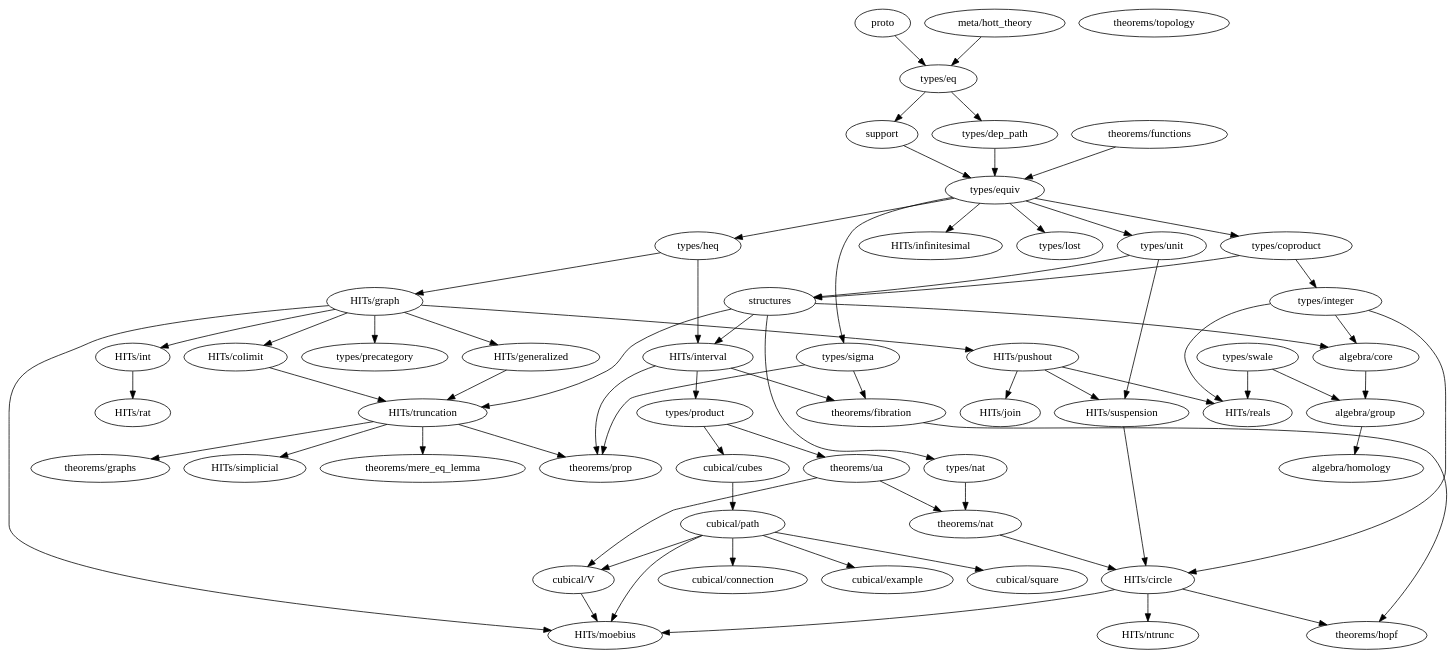
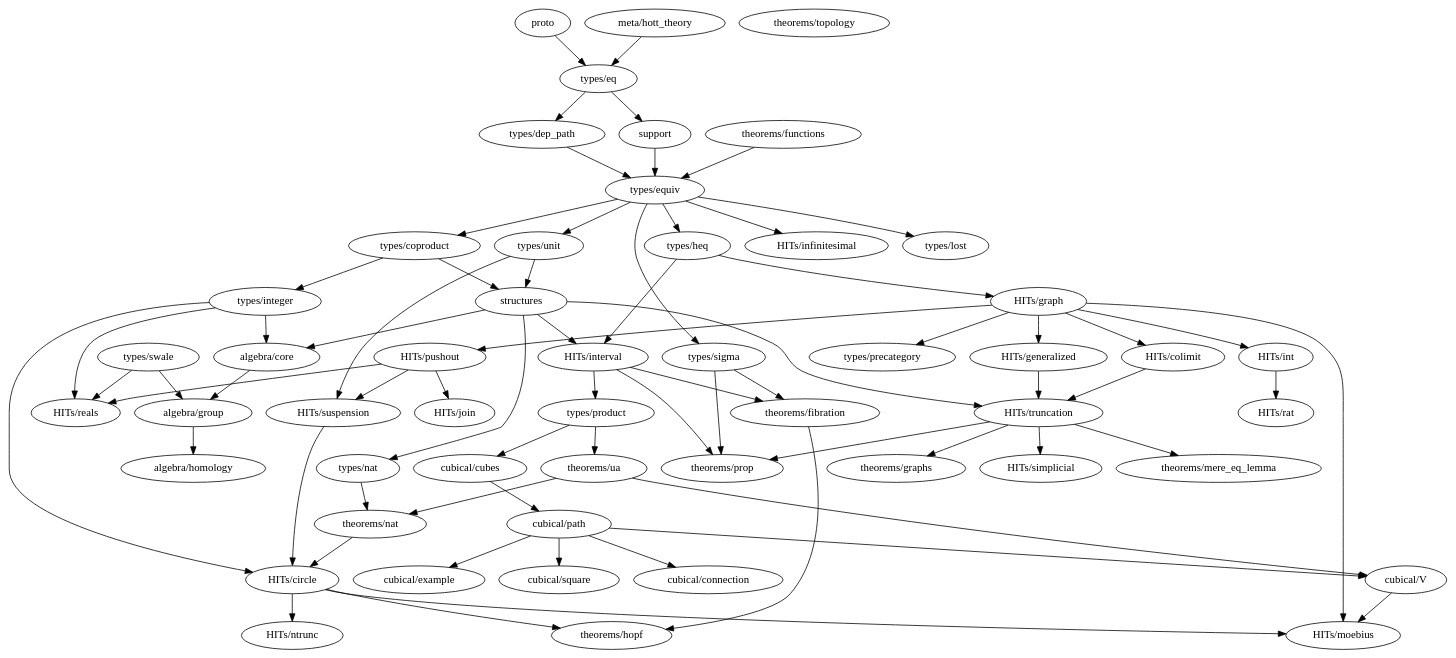
The diagram in dependency_map.gv (forked-from-1kasper/ground_zero), drawn with Graphviz before and after one commit. The commit also changed 2 other files, not shown here.

```diff
--- a/dependency_map.gv
+++ b/dependency_map.gv
@@ -1,108 +1,107 @@
 digraph dependency_map {
   proto -> "types/eq"
   "meta/hott_theory" -> "types/eq"
   support -> "types/equiv"
   structures -> {
     "HITs/interval",
     "HITs/truncation",
     "algebra/core",
     "types/nat"
   }
 
   subgraph algebra {
     "algebra/core" -> "algebra/group"
     "algebra/group" -> "algebra/homology"
     "algebra/homology"
   }
 
   subgraph types {
     "types/coproduct" -> { "types/integer", structures }
     "types/dep_path" -> "types/equiv"
     "types/eq" -> { "types/dep_path", support }
     "types/equiv" -> {
       "types/heq",
       "HITs/infinitesimal",
       "types/coproduct",
       "types/lost",
       "types/unit",
       "types/sigma"
     }
     "types/heq" -> {
       "HITs/interval",
       "HITs/graph"
     }
     "types/integer" -> { "HITs/circle", "HITs/reals", "algebra/core" }
     "types/lost"
     "types/nat" -> { "theorems/nat" }
     "types/product" -> { "cubical/cubes", "theorems/ua" }
     "types/sigma" -> { "theorems/fibration", "theorems/prop" }
     "types/swale" -> { "HITs/reals", "algebra/group" }
     "types/unit" -> { structures, "HITs/suspension" }
   }
 
   subgraph HITs {
     "HITs/circle" -> { "HITs/ntrunc", "theorems/hopf", "HITs/moebius" }
     "HITs/colimit" -> "HITs/truncation"
     "HITs/generalized" -> "HITs/truncation"
     "HITs/graph" -> {
       "HITs/colimit",
       "HITs/generalized",
       "HITs/int",
       "HITs/pushout",
       "HITs/moebius",
       "types/precategory"
     }
     "HITs/infinitesimal"
     "HITs/int" -> "HITs/rat"
     "HITs/interval" -> {
       "types/product",
       "theorems/prop",
       "theorems/fibration"
     }
     "HITs/join"
     "HITs/moebius"
     "HITs/ntrunc"
     "HITs/pushout" -> {
       "HITs/join",
       "HITs/reals",
       "HITs/suspension"
     }
     "HITs/rat"
     "HITs/reals"
     "HITs/simplicial"
     "HITs/suspension" -> "HITs/circle"
     "HITs/truncation" -> {
       "theorems/mere_eq_lemma",
       "theorems/prop",
       "theorems/graphs",
       "HITs/simplicial"
     }
   }
 
   subgraph cubical {
     "cubical/connection"
     "cubical/cubes" -> "cubical/path"
     "cubical/example"
     "cubical/path" -> {
       "cubical/square",
       "cubical/example",
       "cubical/V",
-      "cubical/connection",
-      "HITs/moebius"
+      "cubical/connection"
     }
     "cubical/square"
     "cubical/V" -> "HITs/moebius"
   }
 
   subgraph theorems {
     "theorems/fibration" -> { "theorems/hopf" }
     "theorems/functions" -> { "types/equiv" }
     "theorems/graphs"
     "theorems/hopf"
     "theorems/mere_eq_lemma"
     "theorems/nat" -> { "HITs/circle" }
     "theorems/prop"
     "theorems/topology"
     "theorems/ua" -> { "theorems/nat", "cubical/V" }
   }
 }
```
